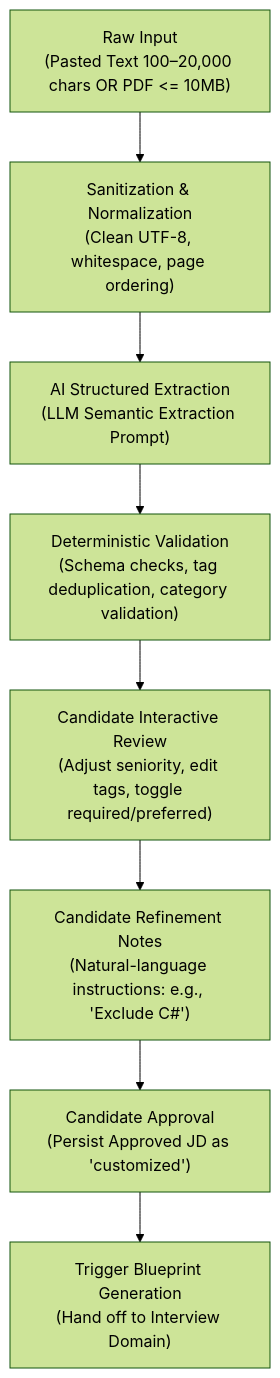
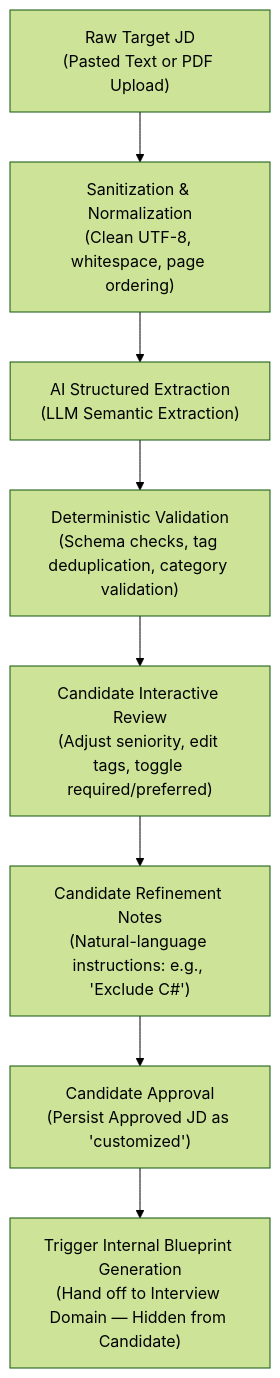
Before and after one commit to swp391-group3/ai-interview-practice-brain: the diagram in 01_Domains/Job-Description/README.md, drawn with Mermaid (forest theme). The commit also changed other lines of this file and 17 other files, not shown here.

````diff
--- a/01_Domains/Job-Description/README.md
+++ b/01_Domains/Job-Description/README.md
@@ -51,10 +50,10 @@
 ```mermaid
 flowchart TD
-    A["Raw Input<br/>(Pasted Text 100–20,000 chars OR PDF <= 10MB)"] --> B["Sanitization & Normalization<br/>(Clean UTF-8, whitespace, page ordering)"]
-    B --> C["AI Structured Extraction<br/>(LLM Semantic Extraction Prompt)"]
+    A["Raw Target JD<br/>(Pasted Text or PDF Upload)"] --> B["Sanitization & Normalization<br/>(Clean UTF-8, whitespace, page ordering)"]
+    B --> C["AI Structured Extraction<br/>(LLM Semantic Extraction)"]
     C --> D["Deterministic Validation<br/>(Schema checks, tag deduplication, category validation)"]
     D --> E["Candidate Interactive Review<br/>(Adjust seniority, edit tags, toggle required/preferred)"]
     E --> F["Candidate Refinement Notes<br/>(Natural-language instructions: e.g., 'Exclude C#')"]
     F --> G["Candidate Approval<br/>(Persist Approved JD as 'customized')"]
-    G --> H["Trigger Blueprint Generation<br/>(Hand off to Interview Domain)"]
+    G --> H["Trigger Internal Blueprint Generation<br/>(Hand off to Interview Domain — Hidden from Candidate)"]
 ```
````
